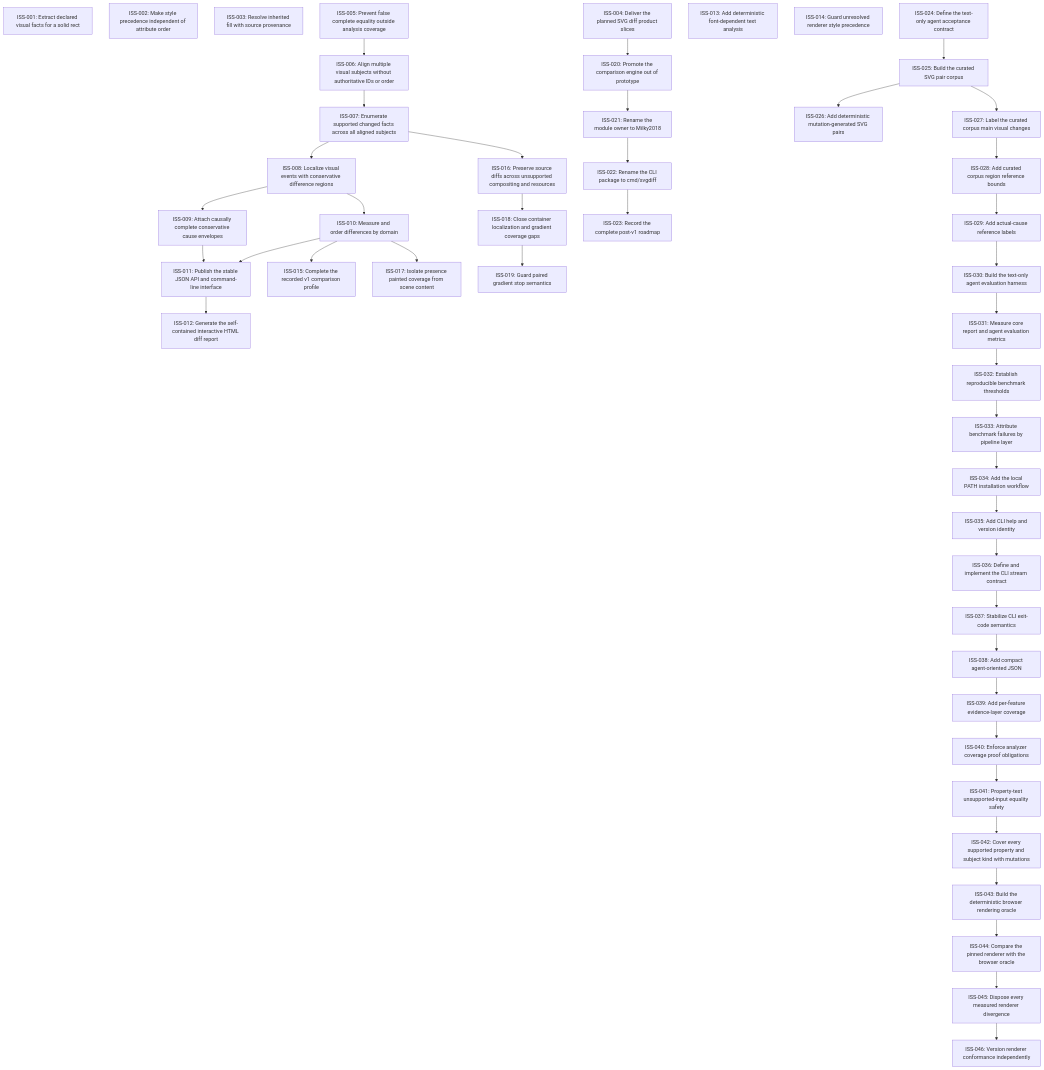
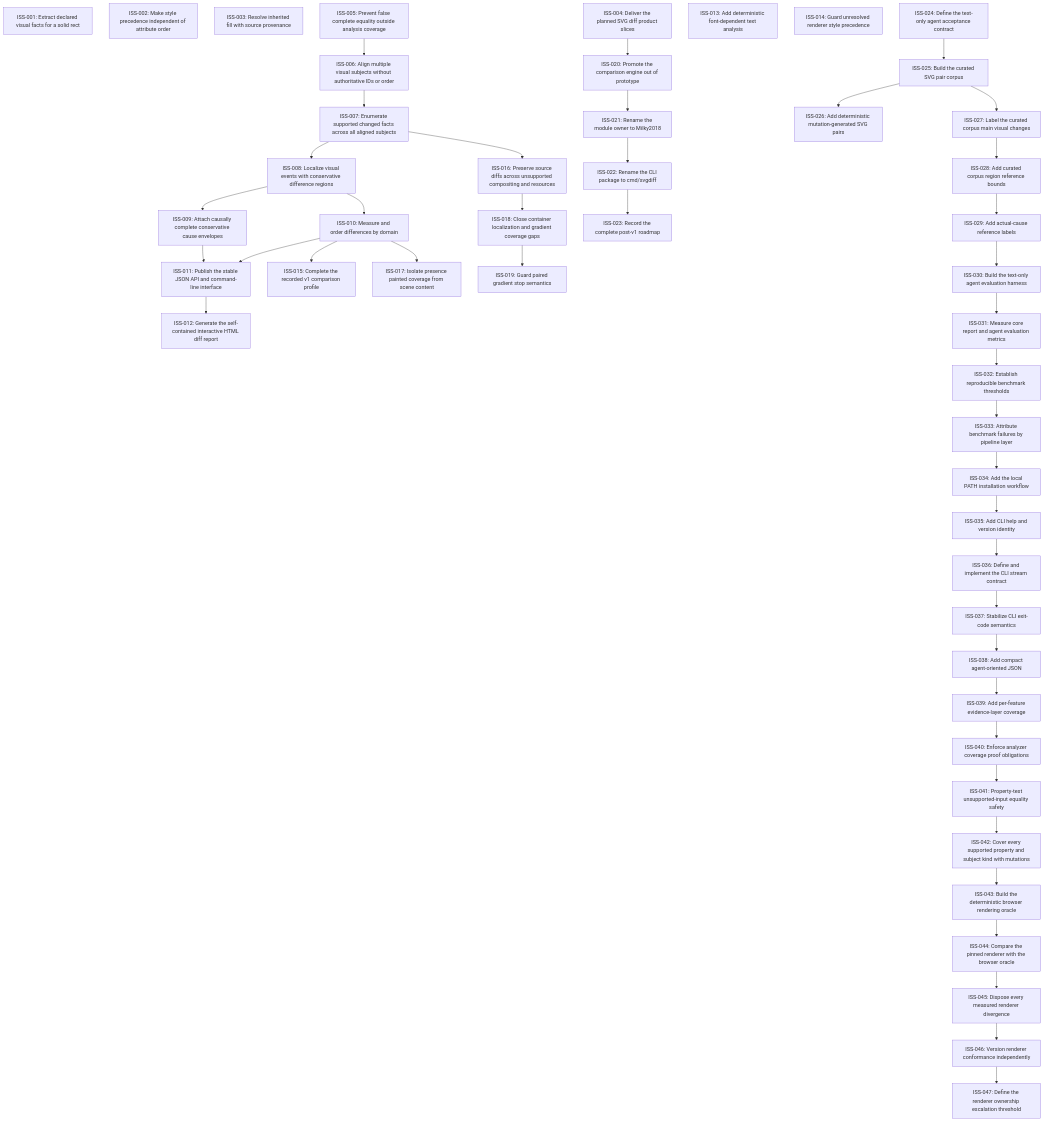
The diagram in issues/README.md (moonbit-community/svgdiff), drawn with Mermaid before and after one commit. The commit also changed 8 other files, not shown here.

Commit message:
Define renderer ownership escalation gate

````diff
--- a/issues/README.md
+++ b/issues/README.md
@@ -63,6 +63,7 @@
   ISS_044["ISS-044: Compare the pinned renderer with the browser oracle"]
   ISS_045["ISS-045: Dispose every measured renderer divergence"]
   ISS_046["ISS-046: Version renderer conformance independently"]
+  ISS_047["ISS-047: Define the renderer ownership escalation threshold"]
   ISS_005 --> ISS_006
   ISS_006 --> ISS_007
   ISS_007 --> ISS_008
@@ -102,4 +103,5 @@
   ISS_043 --> ISS_044
   ISS_044 --> ISS_045
   ISS_045 --> ISS_046
+  ISS_046 --> ISS_047
 ```
````
